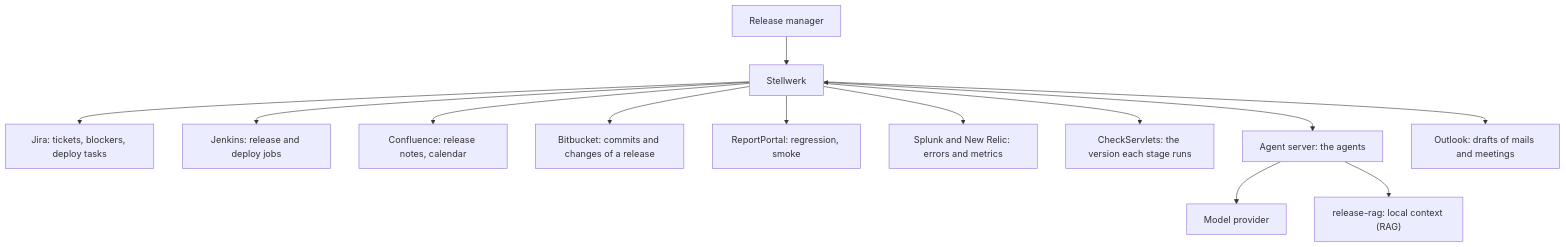
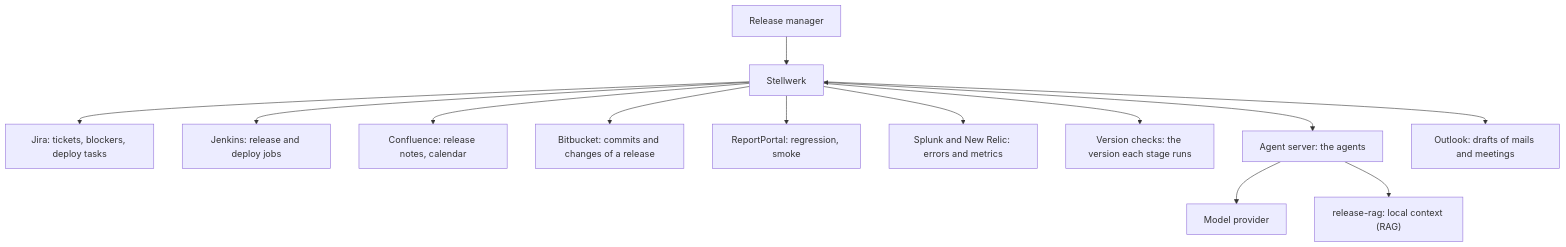
One commit to bolevin/stellwerk-release-cockpit changed the first of 3 diagrams in docs/architecture.md. Above: the diagram before and after it, drawn with Mermaid. The commit also changed 18 other files, not shown here.

First line of the commit message:
Demo world: the stage UAT and a version check instead of real names

````diff
--- a/docs/architecture.md
+++ b/docs/architecture.md
@@ -38,15 +38,15 @@
 ```mermaid
 flowchart TB
     RM["Release manager"] --> SW["Stellwerk"]
     SW --> JIRA["Jira: tickets, blockers, deploy tasks"]
     SW --> JEN["Jenkins: release and deploy jobs"]
     SW --> CONF["Confluence: release notes, calendar"]
     SW --> BB["Bitbucket: commits and changes of a release"]
     SW --> RP["ReportPortal: regression, smoke"]
     SW --> MON["Splunk and New Relic: errors and metrics"]
-    SW --> CS["CheckServlets: the version each stage runs"]
+    SW --> CS["Version checks: the version each stage runs"]
     SW <--> OC["Agent server: the agents"]
     OC --> LLM["Model provider"]
     OC --> RAG["release-rag: local context (RAG)"]
     SW --> OL["Outlook: drafts of mails and meetings"]
 ```
````
